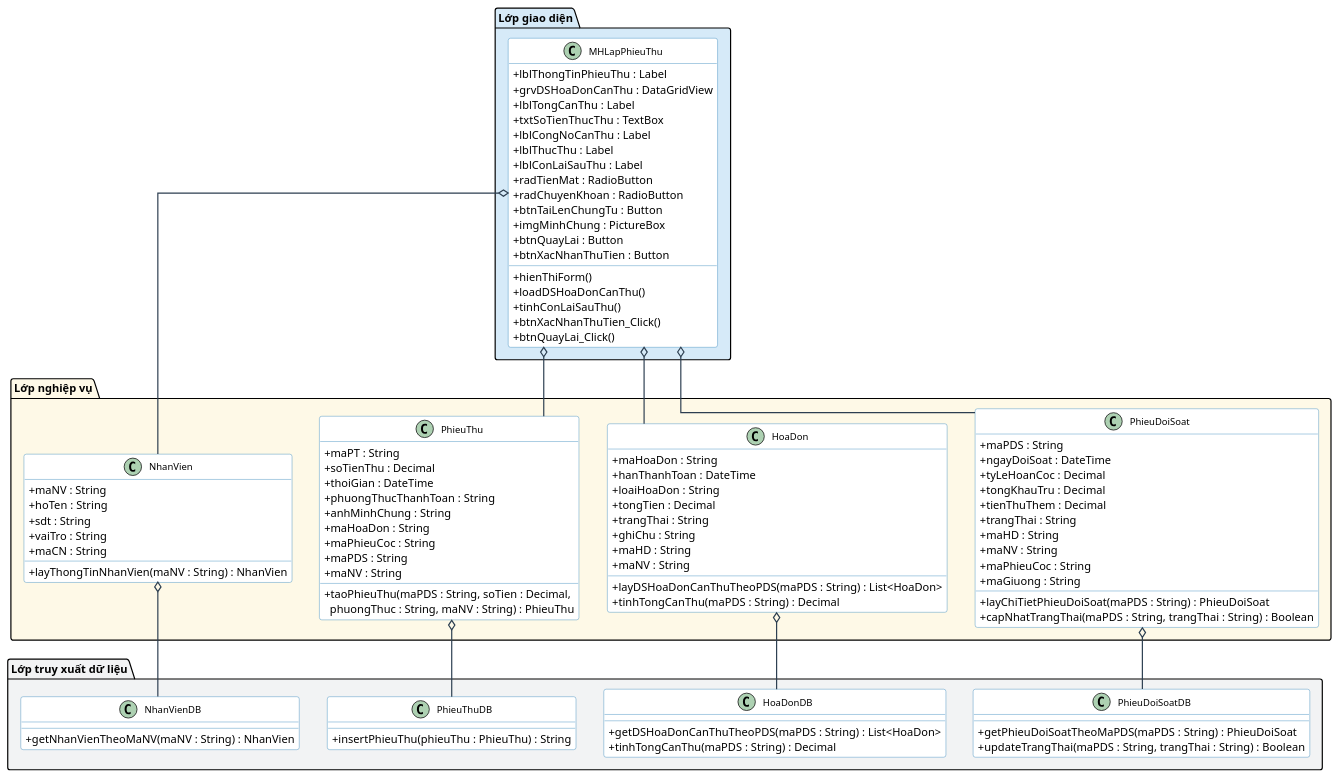
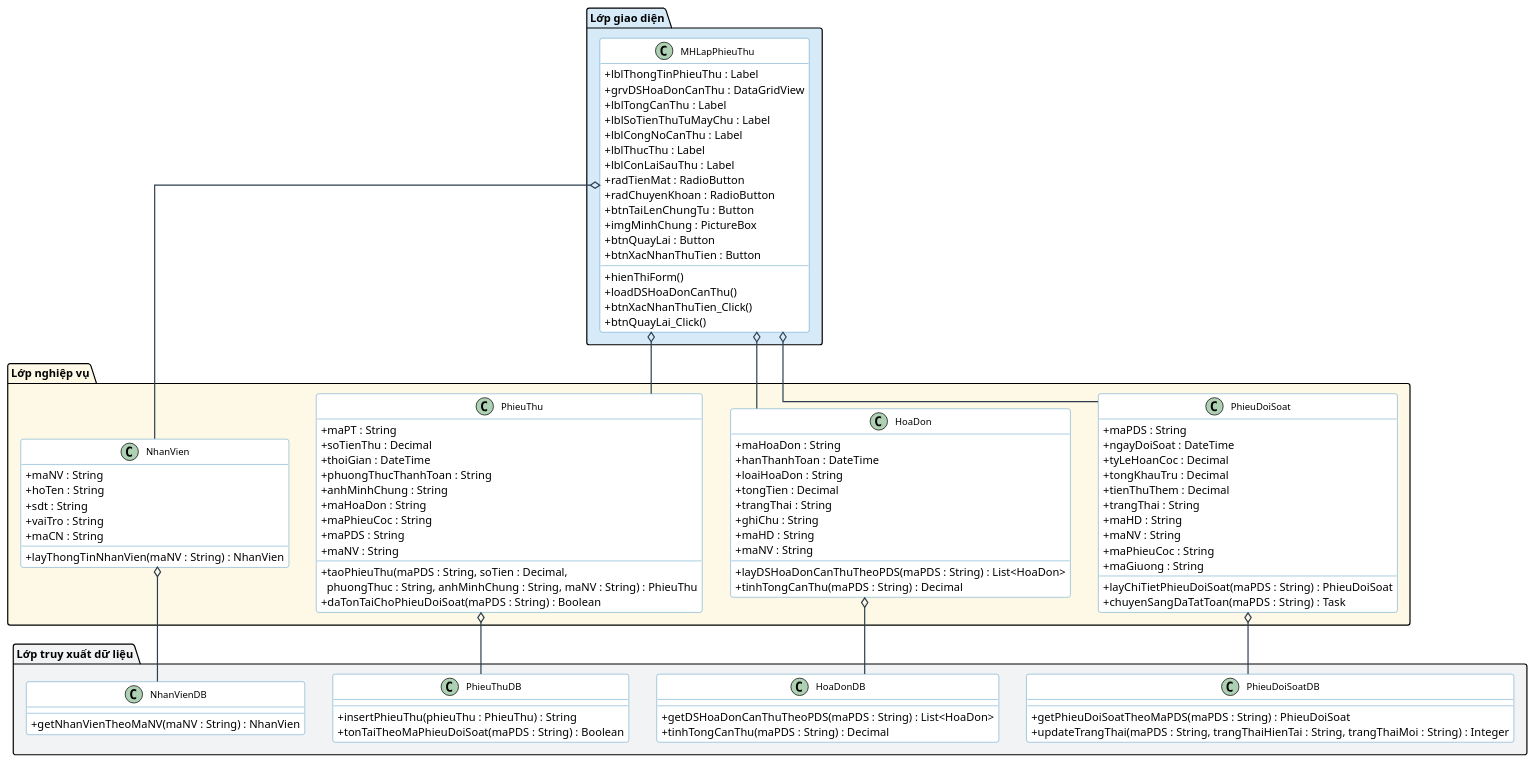
One commit to Ming1309/HomeStay-Dorm changed the diagram in docs/uml/lap-phieu-thu-class.puml. Above: the diagram before and after it, drawn with PlantUML. The commit also changed 34 other files, not shown here.

```diff
--- a/docs/uml/lap-phieu-thu-class.puml
+++ b/docs/uml/lap-phieu-thu-class.puml
@@ -1,147 +1,148 @@
 @startuml LapPhieuThu_3Lop
 
 skinparam classAttributeIconSize 0
 skinparam classFontSize 12
 skinparam shadowing false
 skinparam roundcorner 6
 skinparam linetype ortho
 skinparam ArrowColor #2C3E50
 skinparam ArrowThickness 1.5
 
 skinparam class {
     HeaderBackgroundColor #AED6F1
     BorderColor #2980B9
     BackgroundColor #FFFFFF
     FontColor #000000
 }
 
 ' =====================
 ' LỚP GIAO DIỆN
 ' =====================
 
 package "Lớp giao diện" #D6EAF8 {
 
     class MHLapPhieuThu {
         +lblThongTinPhieuThu : Label
         +grvDSHoaDonCanThu : DataGridView
         +lblTongCanThu : Label
-        +txtSoTienThucThu : TextBox
+        +lblSoTienThuTuMayChu : Label
         +lblCongNoCanThu : Label
         +lblThucThu : Label
         +lblConLaiSauThu : Label
         +radTienMat : RadioButton
         +radChuyenKhoan : RadioButton
         +btnTaiLenChungTu : Button
         +imgMinhChung : PictureBox
         +btnQuayLai : Button
         +btnXacNhanThuTien : Button
         ' ---
         +hienThiForm()
         +loadDSHoaDonCanThu()
-        +tinhConLaiSauThu()
         +btnXacNhanThuTien_Click()
         +btnQuayLai_Click()
     }
 }
 
 ' =====================
 ' LỚP NGHIỆP VỤ
 ' =====================
 
 package "Lớp nghiệp vụ" #FEF9E7 {
 
     class PhieuDoiSoat {
         +maPDS : String
         +ngayDoiSoat : DateTime
         +tyLeHoanCoc : Decimal
         +tongKhauTru : Decimal
         +tienThuThem : Decimal
         +trangThai : String
         +maHD : String
         +maNV : String
         +maPhieuCoc : String
         +maGiuong : String
         ' ---
         +layChiTietPhieuDoiSoat(maPDS : String) : PhieuDoiSoat
-        +capNhatTrangThai(maPDS : String, trangThai : String) : Boolean
+        +chuyenSangDaTatToan(maPDS : String) : Task
     }
 
     class HoaDon {
         +maHoaDon : String
         +hanThanhToan : DateTime
         +loaiHoaDon : String
         +tongTien : Decimal
         +trangThai : String
         +ghiChu : String
         +maHD : String
         +maNV : String
         ' ---
         +layDSHoaDonCanThuTheoPDS(maPDS : String) : List<HoaDon>
         +tinhTongCanThu(maPDS : String) : Decimal
     }
 
     class PhieuThu {
         +maPT : String
         +soTienThu : Decimal
         +thoiGian : DateTime
         +phuongThucThanhToan : String
         +anhMinhChung : String
         +maHoaDon : String
         +maPhieuCoc : String
         +maPDS : String
         +maNV : String
         ' ---
-        +taoPhieuThu(maPDS : String, soTien : Decimal,\n  phuongThuc : String, maNV : String) : PhieuThu
+        +taoPhieuThu(maPDS : String, soTien : Decimal,\n  phuongThuc : String, anhMinhChung : String, maNV : String) : PhieuThu
+        +daTonTaiChoPhieuDoiSoat(maPDS : String) : Boolean
     }
 
     class NhanVien {
         +maNV : String
         +hoTen : String
         +sdt : String
         +vaiTro : String
         +maCN : String
         ' ---
         +layThongTinNhanVien(maNV : String) : NhanVien
     }
 }
 
 ' =====================
 ' LỚP TRUY XUẤT DỮ LIỆU
 ' =====================
 
 package "Lớp truy xuất dữ liệu" #F2F3F4 {
 
     class PhieuDoiSoatDB {
         +getPhieuDoiSoatTheoMaPDS(maPDS : String) : PhieuDoiSoat
-        +updateTrangThai(maPDS : String, trangThai : String) : Boolean
+        +updateTrangThai(maPDS : String, trangThaiHienTai : String, trangThaiMoi : String) : Integer
     }
 
     class HoaDonDB {
         +getDSHoaDonCanThuTheoPDS(maPDS : String) : List<HoaDon>
         +tinhTongCanThu(maPDS : String) : Decimal
     }
 
     class PhieuThuDB {
         +insertPhieuThu(phieuThu : PhieuThu) : String
+        +tonTaiTheoMaPhieuDoiSoat(maPDS : String) : Boolean
     }
 
     class NhanVienDB {
         +getNhanVienTheoMaNV(maNV : String) : NhanVien
     }
 }
 
 ' =====================
 ' QUAN HỆ
 ' =====================
 
 MHLapPhieuThu o-- PhieuDoiSoat
 MHLapPhieuThu o-- HoaDon
 MHLapPhieuThu o-- PhieuThu
 MHLapPhieuThu o-- NhanVien
 
 PhieuDoiSoat o-- PhieuDoiSoatDB
 HoaDon       o-- HoaDonDB
 PhieuThu     o-- PhieuThuDB
 NhanVien     o-- NhanVienDB
 
 @enduml
```
